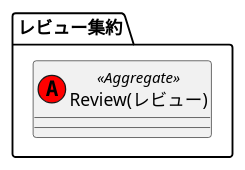
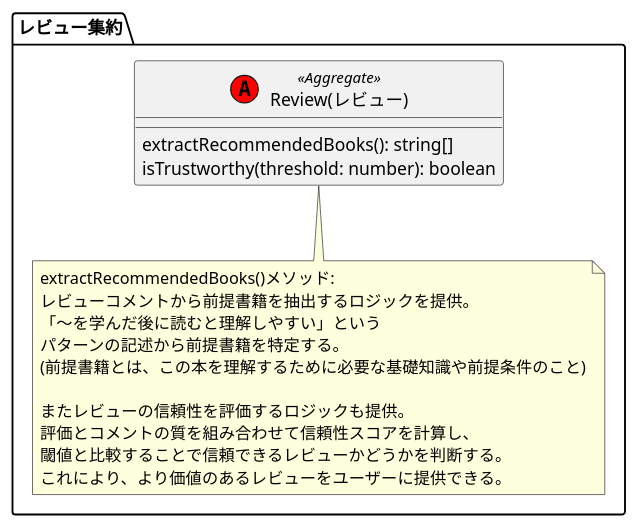
Before and after one commit to tkgakr/hands-on-ddd-introduction: the diagram in CatalogService/Domain/models/Review/Review.pu, drawn with PlantUML. The commit also changed 1 other file, not shown here.

Commit message:
5-3-2-2 ビジネスルールの具体化

```diff
--- a/CatalogService/Domain/models/Review/Review.pu
+++ b/CatalogService/Domain/models/Review/Review.pu
@@ -1,7 +1,23 @@
 @startuml Review
 package "レビュー集約" {
     ' 1. 集約とポリシーの表現
     class "Review(レビュー)" as Review << (A,red) Aggregate >> {
+        extractRecommendedBooks(): string[]
+        isTrustworthy(threshold: number): boolean
     }
+
+    ' 2. ビジネスルールの具体化
+    note bottom of Review
+        extractRecommendedBooks()メソッド:
+        レビューコメントから前提書籍を抽出するロジックを提供。
+        「〜を学んだ後に読むと理解しやすい」という
+        パターンの記述から前提書籍を特定する。
+        (前提書籍とは、この本を理解するために必要な基礎知識や前提条件のこと)
+
+        またレビューの信頼性を評価するロジックも提供。
+        評価とコメントの質を組み合わせて信頼性スコアを計算し、
+        閾値と比較することで信頼できるレビューかどうかを判断する。
+        これにより、より価値のあるレビューをユーザーに提供できる。
+    end note
 }
 @enduml
```
